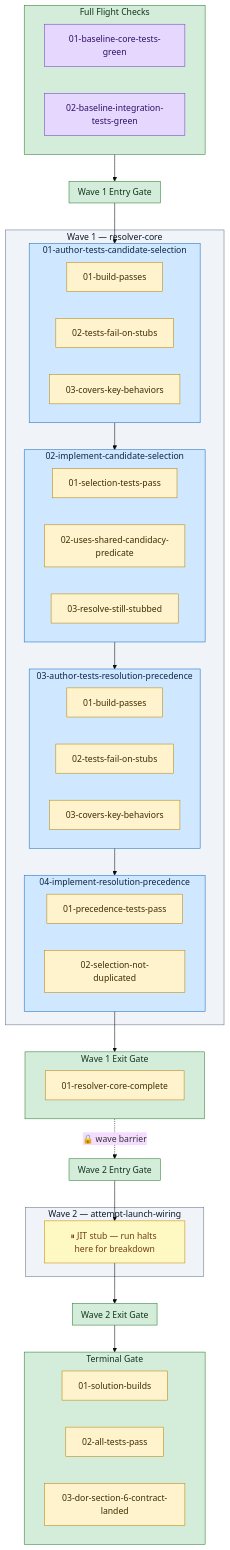
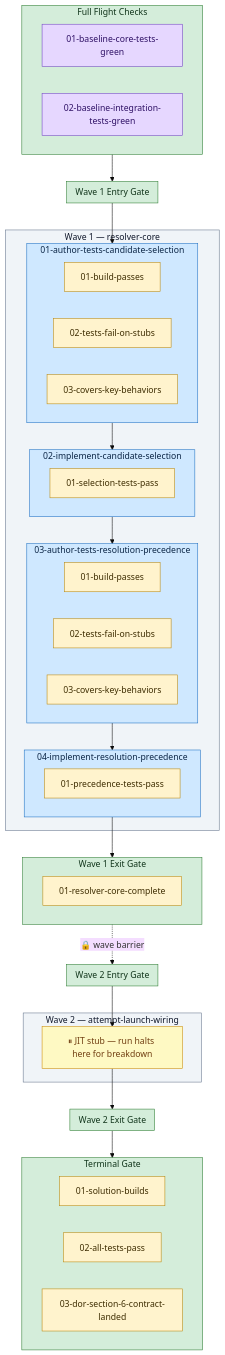
Before and after one commit to Servant-Software-LLC/Guardrails: the diagram in docs/plans/model-tiering-stage-2/diagram.md, drawn with Mermaid (base theme). The commit also changed other lines of this file and 15 other files, not shown here.

````diff
--- a/docs/plans/model-tiering-stage-2/diagram.md
+++ b/docs/plans/model-tiering-stage-2/diagram.md
@@ -3,70 +3,67 @@
 ```mermaid
 flowchart TD
   subgraph plan_preflights["Full Flight Checks"]
     plan_preflights_0["01-baseline-core-tests-green"]:::preflight
     plan_preflights_1["02-baseline-integration-tests-green"]:::preflight
   end
   style plan_preflights fill:#d4edda,stroke:#2e7d32,color:#10341a;
   subgraph wave_1_preflights["Wave 1 Entry Gate"]
   end
   style wave_1_preflights fill:#d4edda,stroke:#2e7d32,color:#10341a;
   subgraph wave_1["Wave 1 — resolver-core"]
     subgraph task_wave_01_resolver_core_01_author_tests_candidate_selection["01-author-tests-candidate-selection"]
       task_wave_01_resolver_core_01_author_tests_candidate_selection_gr_0["01-build-passes"]:::guardrail
       task_wave_01_resolver_core_01_author_tests_candidate_selection_gr_1["02-tests-fail-on-stubs"]:::guardrail
       task_wave_01_resolver_core_01_author_tests_candidate_selection_gr_2["03-covers-key-behaviors"]:::guardrail
     end
     style task_wave_01_resolver_core_01_author_tests_candidate_selection fill:#cfe8ff,stroke:#1b6ec2,color:#0b2545;
     subgraph task_wave_01_resolver_core_02_implement_candidate_selection["02-implement-candidate-selection"]
       task_wave_01_resolver_core_02_implement_candidate_selection_gr_0["01-selection-tests-pass"]:::guardrail
-      task_wave_01_resolver_core_02_implement_candidate_selection_gr_1["02-uses-shared-candidacy-predicate"]:::guardrail
-      task_wave_01_resolver_core_02_implement_candidate_selection_gr_2["03-resolve-still-stubbed"]:::guardrail
     end
     style task_wave_01_resolver_core_02_implement_candidate_selection fill:#cfe8ff,stroke:#1b6ec2,color:#0b2545;
     subgraph task_wave_01_resolver_core_03_author_tests_resolution_precedence["03-author-tests-resolution-precedence"]
       task_wave_01_resolver_core_03_author_tests_resolution_precedence_gr_0["01-build-passes"]:::guardrail
       task_wave_01_resolver_core_03_author_tests_resolution_precedence_gr_1["02-tests-fail-on-stubs"]:::guardrail
       task_wave_01_resolver_core_03_author_tests_resolution_precedence_gr_2["03-covers-key-behaviors"]:::guardrail
     end
     style task_wave_01_resolver_core_03_author_tests_resolution_precedence fill:#cfe8ff,stroke:#1b6ec2,color:#0b2545;
     subgraph task_wave_01_resolver_core_04_implement_resolution_precedence["04-implement-resolution-precedence"]
       task_wave_01_resolver_core_04_implement_resolution_precedence_gr_0["01-precedence-tests-pass"]:::guardrail
-      task_wave_01_resolver_core_04_implement_resolution_precedence_gr_1["02-selection-not-duplicated"]:::guardrail
     end
     style task_wave_01_resolver_core_04_implement_resolution_precedence fill:#cfe8ff,stroke:#1b6ec2,color:#0b2545;
   end
   style wave_1 fill:#f0f4f8,stroke:#64748b,color:#0f172a;
   subgraph wave_1_guardrails["Wave 1 Exit Gate"]
     wave_1_guardrails_0["01-resolver-core-complete"]:::guardrail
   end
   style wave_1_guardrails fill:#d4edda,stroke:#2e7d32,color:#10341a;
   subgraph wave_2_preflights["Wave 2 Entry Gate"]
   end
   style wave_2_preflights fill:#d4edda,stroke:#2e7d32,color:#10341a;
   subgraph wave_2["Wave 2 — attempt-launch-wiring"]
     wave_2_stub["⏸ JIT stub — run halts here for breakdown"]
     style wave_2_stub fill:#fef9c3,stroke:#ca8a04,color:#713f12;
   end
   style wave_2 fill:#f0f4f8,stroke:#64748b,color:#0f172a;
   subgraph wave_2_guardrails["Wave 2 Exit Gate"]
   end
   style wave_2_guardrails fill:#d4edda,stroke:#2e7d32,color:#10341a;
   subgraph plan_guardrails["Terminal Gate"]
     plan_guardrails_0["01-solution-builds"]:::guardrail
     plan_guardrails_1["02-all-tests-pass"]:::guardrail
     plan_guardrails_2["03-dor-section-6-contract-landed"]:::guardrail
   end
   style plan_guardrails fill:#d4edda,stroke:#2e7d32,color:#10341a;
   plan_preflights --> wave_1_preflights
   wave_1_preflights --> task_wave_01_resolver_core_01_author_tests_candidate_selection
   task_wave_01_resolver_core_01_author_tests_candidate_selection --> task_wave_01_resolver_core_02_implement_candidate_selection
   task_wave_01_resolver_core_02_implement_candidate_selection --> task_wave_01_resolver_core_03_author_tests_resolution_precedence
   task_wave_01_resolver_core_03_author_tests_resolution_precedence --> task_wave_01_resolver_core_04_implement_resolution_precedence
   task_wave_01_resolver_core_04_implement_resolution_precedence --> wave_1_guardrails
   wave_2_preflights --> wave_2_stub
   wave_2_stub --> wave_2_guardrails
   wave_1_guardrails -.->|"🔒 wave barrier"| wave_2_preflights
   wave_2_guardrails --> plan_guardrails
   classDef preflight fill:#e6d7ff,stroke:#6f42c1,color:#2e1065;
   classDef guardrail fill:#fff3cd,stroke:#b8860b,color:#3d2c00;
 ```
````
